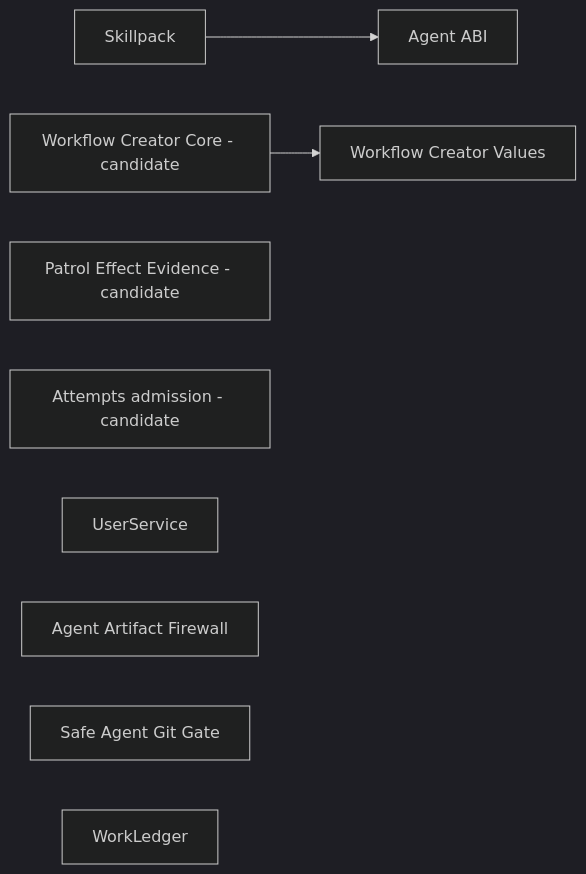
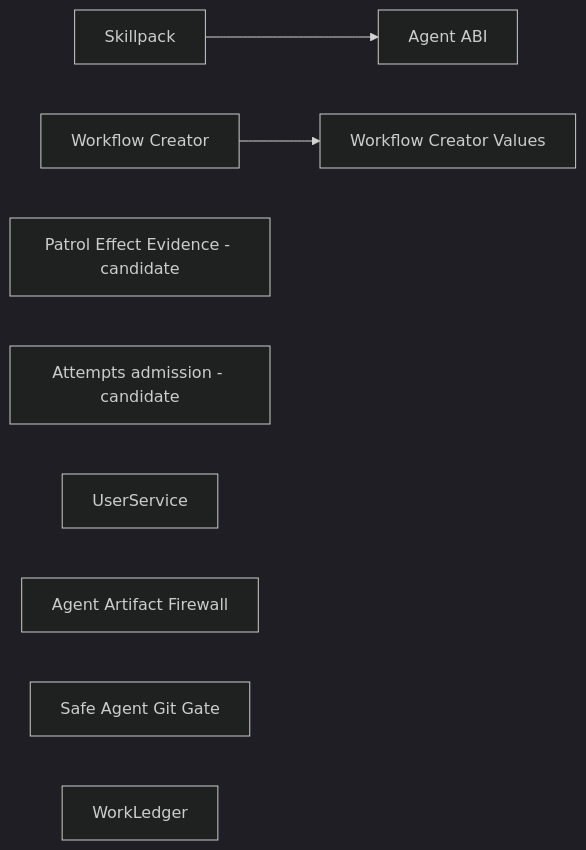
The diagram in wiki/component-boundaries.md (ivankuznetsov/hive), drawn with Mermaid (dark theme) before and after one commit. The commit also changed other lines of this file and 14 other files, not shown here.

First line of the commit message:
refactor(workflow-creator): add receipt publication boundary

````diff
--- a/wiki/component-boundaries.md
+++ b/wiki/component-boundaries.md
@@ -52,11 +51,11 @@
 ```mermaid
 flowchart LR
   skillpack[Skillpack] --> agent_abi[Agent ABI]
-  workflow_core[Workflow Creator Core - candidate] --> workflow_values[Workflow Creator Values]
+  workflow_core[Workflow Creator] --> workflow_values[Workflow Creator Values]
   patrol_effects[Patrol Effect Evidence - candidate]
   attempts[Attempts admission - candidate]
   user_service[UserService]
   artifact_firewall[Agent Artifact Firewall]
   git_gate[Safe Agent Git Gate]
   work_ledger[WorkLedger]
 ```
````
